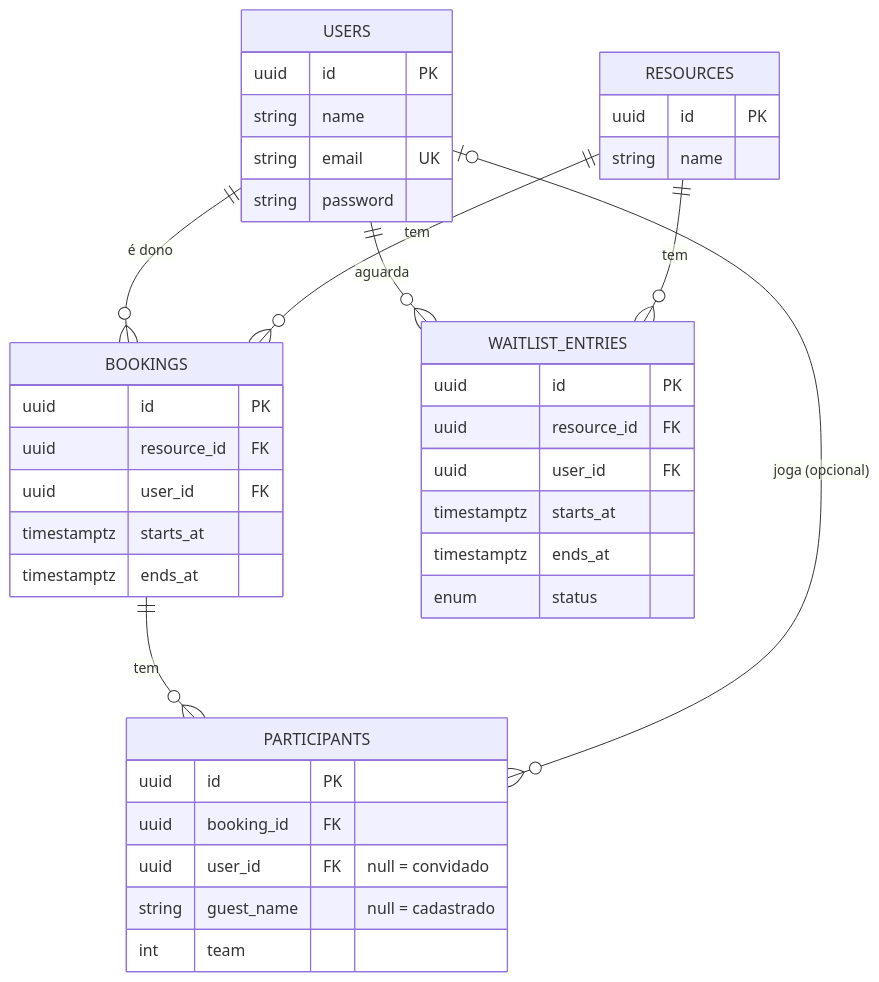
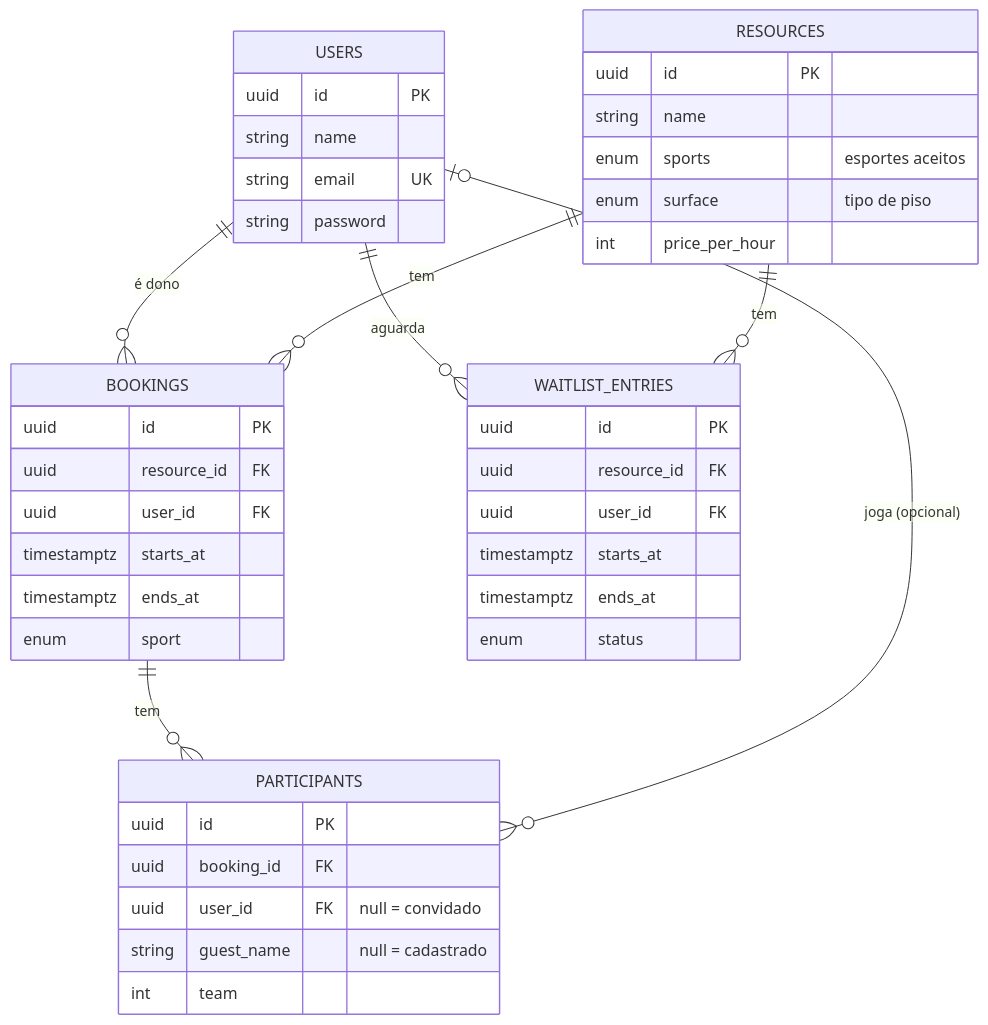
Before and after one commit to CaduUuZ/ReservaQuadra: the first of 3 diagrams in README.md, drawn with Mermaid. The commit also changed other lines of this file and 10 other files, not shown here.

````diff
--- a/README.md
+++ b/README.md
@@ -42,42 +42,46 @@
 ```mermaid
 erDiagram
     USERS ||--o{ BOOKINGS : "é dono"
     RESOURCES ||--o{ BOOKINGS : tem
     USERS ||--o{ WAITLIST_ENTRIES : aguarda
     RESOURCES ||--o{ WAITLIST_ENTRIES : tem
     BOOKINGS ||--o{ PARTICIPANTS : tem
     USERS |o--o{ PARTICIPANTS : "joga (opcional)"
 
     USERS {
         uuid id PK
         string name
         string email UK
         string password
     }
     RESOURCES {
         uuid id PK
         string name
+        enum sports "esportes aceitos"
+        enum surface "tipo de piso"
+        int price_per_hour
     }
     BOOKINGS {
         uuid id PK
         uuid resource_id FK
         uuid user_id FK
         timestamptz starts_at
         timestamptz ends_at
+        enum sport
     }
     PARTICIPANTS {
         uuid id PK
         uuid booking_id FK
         uuid user_id FK "null = convidado"
         string guest_name "null = cadastrado"
         int team
     }
     WAITLIST_ENTRIES {
         uuid id PK
         uuid resource_id FK
         uuid user_id FK
         timestamptz starts_at
         timestamptz ends_at
         enum status
     }
 ```
````
